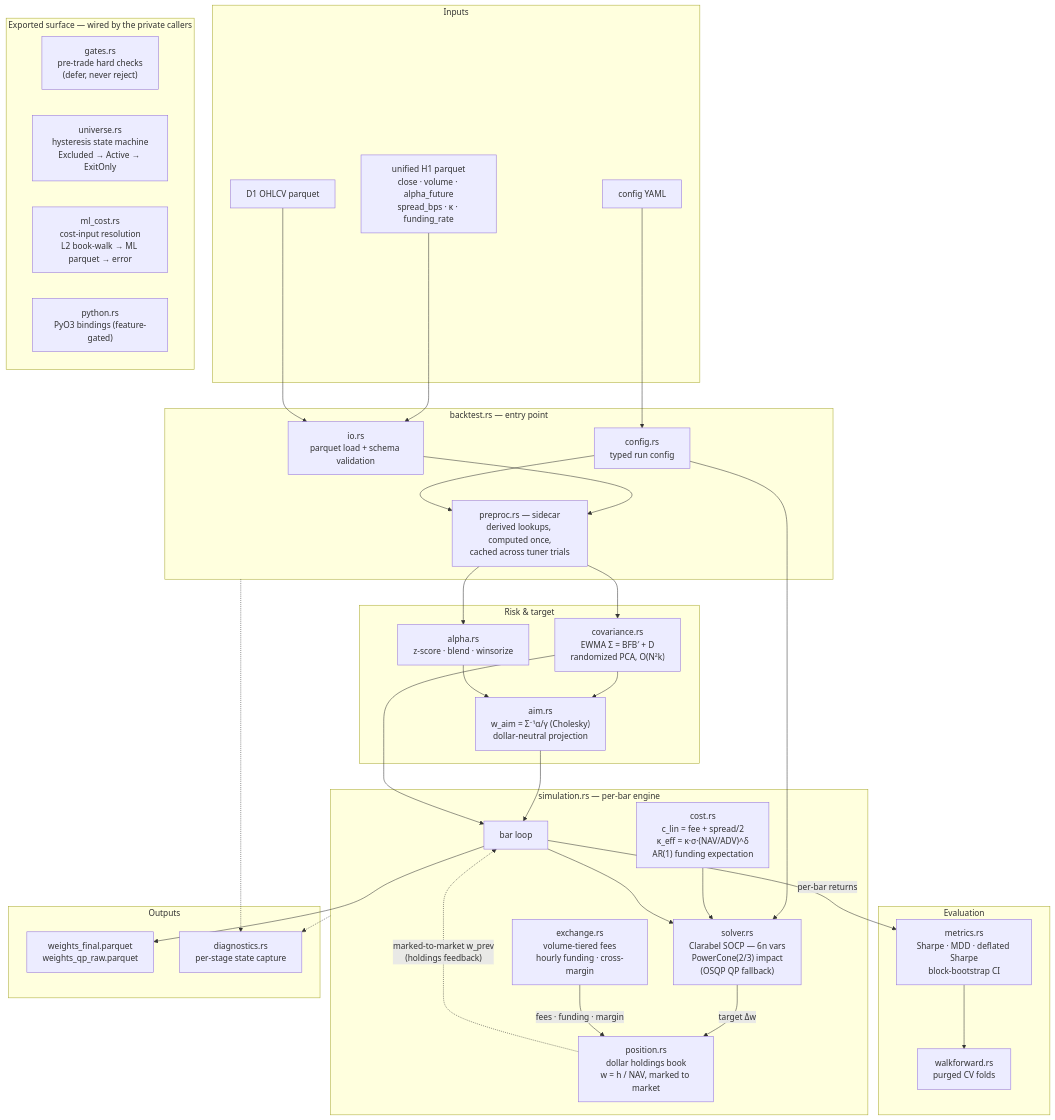
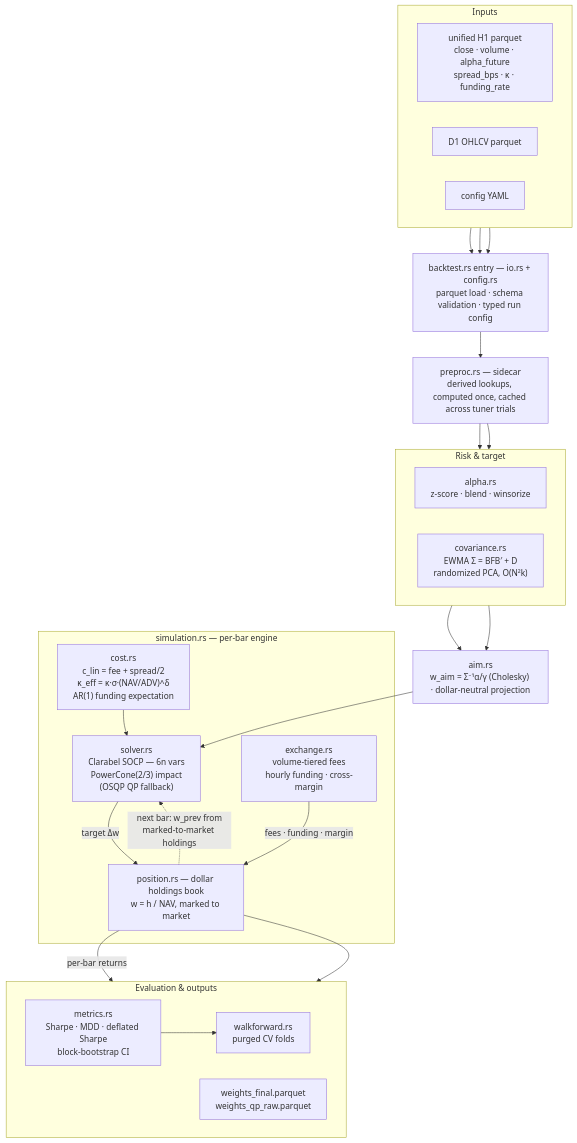
Before and after one commit to rux-eth/rumpy-execution: the second of 2 diagrams in README.md, drawn with Mermaid. The commit also changed other lines of this file, not shown here.

Commit message:
README: simplify internal diagram — strict top-down flow, local edges only
Merge io/config into one load node, drop the cross-diagram config and
diagnostics edges (noted in prose instead), remove the disconnected
exported-surface box (covered by the component map), tighten the
holdings-feedback loop to solver <-> book.

````diff
--- a/README.md
+++ b/README.md
@@ -39,68 +39,54 @@
 ```mermaid
-flowchart TD
+flowchart TB
     subgraph IN["Inputs"]
+        direction LR
         H1["unified H1 parquet<br/>close · volume · alpha_future<br/>spread_bps · κ · funding_rate"]
         D1["D1 OHLCV parquet"]
         YAML["config YAML"]
     end
 
-    subgraph BT["backtest.rs — entry point"]
-        IO["io.rs<br/>parquet load + schema validation"]
-        CFG["config.rs<br/>typed run config"]
-        PRE["preproc.rs — sidecar<br/>derived lookups, computed once,<br/>cached across tuner trials"]
+    LOAD["backtest.rs entry — io.rs + config.rs<br/>parquet load · schema validation · typed run config"]
+    PRE["preproc.rs — sidecar<br/>derived lookups, computed once, cached across tuner trials"]
+
+    H1 --> LOAD
+    D1 --> LOAD
+    YAML --> LOAD
+    LOAD --> PRE
+
+    subgraph RISK["Risk & target"]
+        direction LR
+        ALPHA["alpha.rs<br/>z-score · blend · winsorize"]
+        COV["covariance.rs<br/>EWMA Σ = BFB′ + D<br/>randomized PCA, O(N²k)"]
     end
 
-    subgraph RISK["Risk & target"]
-        COV["covariance.rs<br/>EWMA Σ = BFB′ + D<br/>randomized PCA, O(N²k)"]
-        AIM["aim.rs<br/>w_aim = Σ⁻¹α/γ (Cholesky)<br/>dollar-neutral projection"]
-        ALPHA["alpha.rs<br/>z-score · blend · winsorize"]
+    AIM["aim.rs<br/>w_aim = Σ⁻¹α/γ (Cholesky) · dollar-neutral projection"]
+
+    PRE --> ALPHA
+    PRE --> COV
+    ALPHA --> AIM
+    COV --> AIM
+
+    subgraph SIM["simulation.rs — per-bar engine"]
+        COST["cost.rs<br/>c_lin = fee + spread/2<br/>κ_eff = κ·σ·(NAV/ADV)^δ<br/>AR(1) funding expectation"]
+        SOL["solver.rs<br/>Clarabel SOCP — 6n vars<br/>PowerCone(2/3) impact<br/>(OSQP QP fallback)"]
+        EXCH["exchange.rs<br/>volume-tiered fees<br/>hourly funding · cross-margin"]
+        BOOK["position.rs — dollar holdings book<br/>w = h / NAV, marked to market"]
+        COST --> SOL
+        SOL -->|"target Δw"| BOOK
+        EXCH -->|"fees · funding · margin"| BOOK
+        BOOK -.->|"next bar: w_prev from<br/>marked-to-market holdings"| SOL
     end
 
-    subgraph SIM["simulation.rs — per-bar engine"]
-        LOOP["bar loop"]
-        COST["cost.rs<br/>c_lin = fee + spread/2<br/>κ_eff = κ·σ·(NAV/ADV)^δ<br/>AR(1) funding expectation"]
-        SOL["solver.rs<br/>Clarabel SOCP — 6n vars<br/>PowerCone(2/3) impact<br/>(OSQP QP fallback)"]
-        BOOK["position.rs<br/>dollar holdings book<br/>w = h / NAV, marked to market"]
-        EXCH["exchange.rs<br/>volume-tiered fees<br/>hourly funding · cross-margin"]
+    AIM --> SOL
+
+    subgraph EVAL["Evaluation & outputs"]
+        direction LR
+        MET["metrics.rs<br/>Sharpe · MDD · deflated Sharpe<br/>block-bootstrap CI"]
+        WF["walkforward.rs<br/>purged CV folds"]
+        W["weights_final.parquet<br/>weights_qp_raw.parquet"]
     end
 
-    subgraph EVAL["Evaluation"]
-        MET["metrics.rs<br/>Sharpe · MDD · deflated Sharpe<br/>block-bootstrap CI"]
-        WF["walkforward.rs<br/>purged CV folds"]
-    end
-
-    subgraph OUT["Outputs"]
-        W["weights_final.parquet<br/>weights_qp_raw.parquet"]
-        DIAG["diagnostics.rs<br/>per-stage state capture"]
-    end
-
-    subgraph LIB["Exported surface — wired by the private callers"]
-        GATES["gates.rs<br/>pre-trade hard checks<br/>(defer, never reject)"]
-        UNI["universe.rs<br/>hysteresis state machine<br/>Excluded → Active → ExitOnly"]
-        MLC["ml_cost.rs<br/>cost-input resolution<br/>L2 book-walk → ML parquet → error"]
-        PY["python.rs<br/>PyO3 bindings (feature-gated)"]
-    end
-
-    H1 --> IO
-    D1 --> IO
-    YAML --> CFG
-    IO --> PRE
-    CFG --> PRE
-    PRE --> COV
-    PRE --> ALPHA
-    COV --> AIM
-    ALPHA --> AIM
-    AIM --> LOOP
-    COV --> LOOP
-    CFG --> SOL
-    COST --> SOL
-    LOOP --> SOL
-    SOL -->|"target Δw"| BOOK
-    EXCH -->|"fees · funding · margin"| BOOK
-    BOOK -.->|"marked-to-market w_prev<br/>(holdings feedback)"| LOOP
-    LOOP -->|"per-bar returns"| MET
+    BOOK -->|"per-bar returns"| MET
     MET --> WF
-    LOOP --> W
-    BT -.-> DIAG
-    SIM -.-> DIAG
+    BOOK --> W
 ```
````
